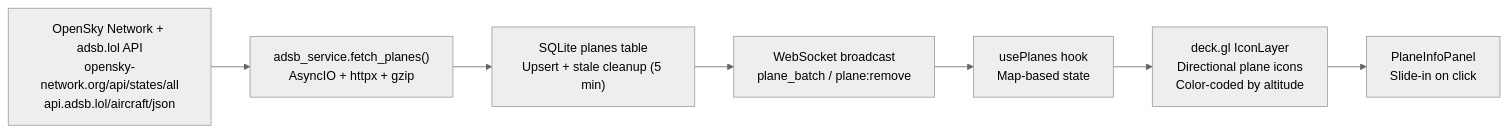
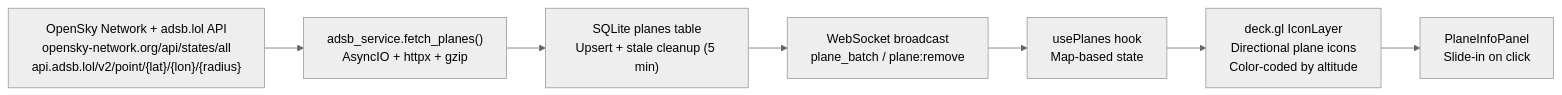
One commit to RishiJain905/TerraWatch changed the second of 3 diagrams in README.md. Above: the diagram before and after it, drawn with Mermaid (neutral theme). The commit also changed other lines of this file and 15 other files, not shown here.

````diff
--- a/README.md
+++ b/README.md
@@ -61,18 +61,18 @@
 ```mermaid
 flowchart LR
     A["OpenSky Network + adsb.lol API
 opensky-network.org/api/states/all
-api.adsb.lol/aircraft/json"] --> B["adsb_service.fetch_planes()
+api.adsb.lol/v2/point/{lat}/{lon}/{radius}"] --> B["adsb_service.fetch_planes()
 AsyncIO + httpx + gzip"]
     B --> C["SQLite planes table
 Upsert + stale cleanup (5 min)"]
     C --> D["WebSocket broadcast
 plane_batch / plane:remove"]
     D --> E["usePlanes hook
 Map-based state"]
     E --> F["deck.gl IconLayer
 Directional plane icons
 Color-coded by altitude"]
     F --> G["PlaneInfoPanel
 Slide-in on click"]
 ```
````
